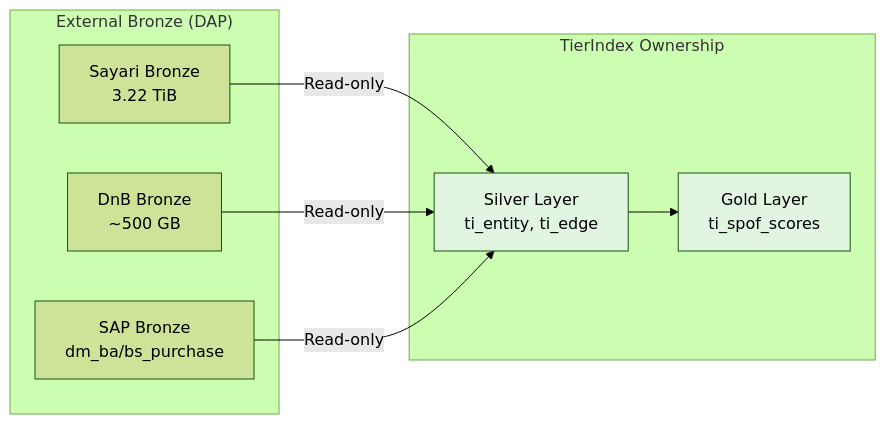
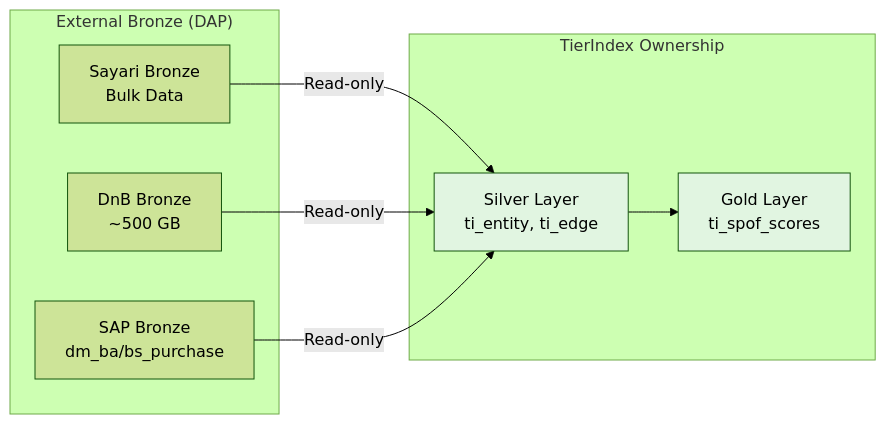
The first of 2 diagrams in docs_langgraph/workshop_presentation/04_architecture_decisions.md (minarovic/front_archi-agent), drawn with Mermaid (forest theme) before and after one commit. The commit also changed other lines of this file and 4 other files, not shown here.

First line of the commit message:
docs(workshop): standardize workshop examples to pseudo-code/diagrams and remove explicit bulk-size details

````diff
--- a/docs_langgraph/workshop_presentation/04_architecture_decisions.md
+++ b/docs_langgraph/workshop_presentation/04_architecture_decisions.md
@@ -50,21 +50,21 @@
 ```mermaid
 graph LR
     subgraph "External Bronze (DAP)"
-        SB[Sayari Bronze<br/>3.22 TiB]
+        SB[Sayari Bronze<br/>Bulk Data]
         DB[DnB Bronze<br/>~500 GB]
         SAPB[SAP Bronze<br/>dm_ba/bs_purchase]
     end
 
     subgraph "TierIndex Ownership"
         SILVER[Silver Layer<br/>ti_entity, ti_edge]
         GOLD[Gold Layer<br/>ti_spof_scores]
     end
 
     SB -->|Read-only| SILVER
     DB -->|Read-only| SILVER
     SAPB -->|Read-only| SILVER
     SILVER --> GOLD
 
     style SILVER fill:#e1f5e1
     style GOLD fill:#e1f5e1
 ```
````
